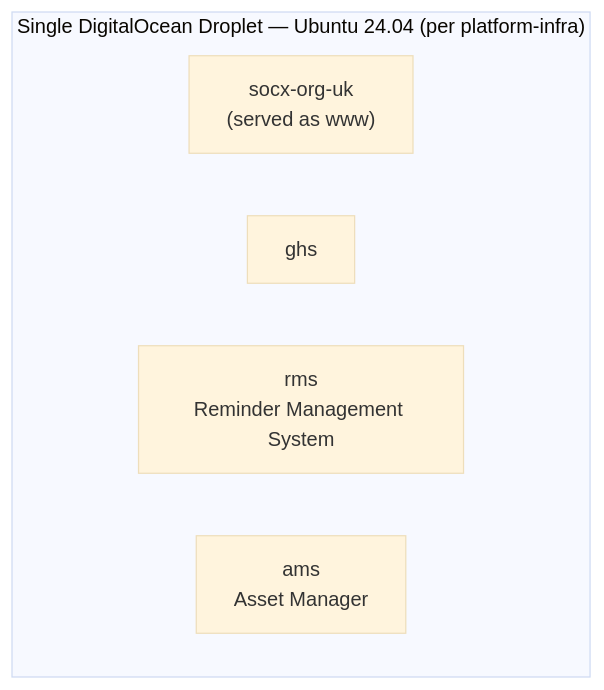
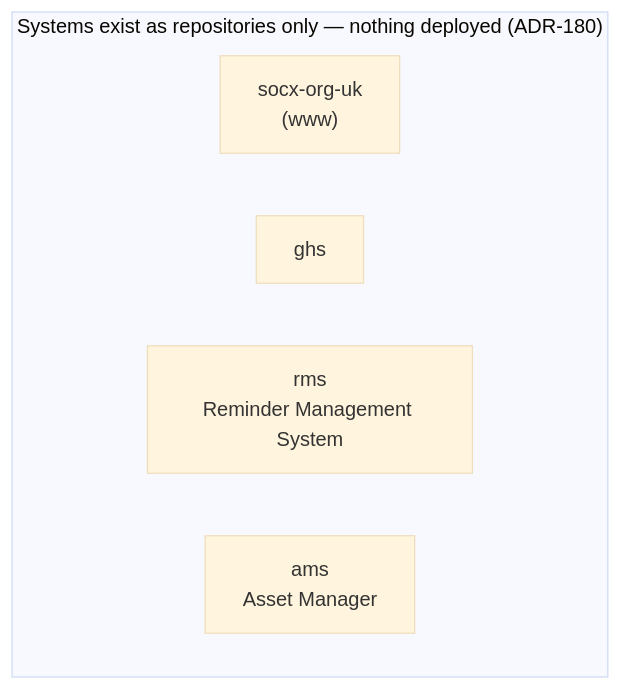
One commit to Socx-Org/socx-platform changed the diagram in docs/current-state/domain/CS-DOM-010-current-system-landscape.md. Above: the diagram before and after it, drawn with Mermaid (base theme). The commit also changed other lines of this file, not shown here.

First line of the commit message:
docs(current-state): revise CS-DOM-010 for platform transition (ADR-180)

````diff
--- a/docs/current-state/domain/CS-DOM-010-current-system-landscape.md
+++ b/docs/current-state/domain/CS-DOM-010-current-system-landscape.md
@@ -35,9 +38,9 @@
 ```mermaid
 flowchart TB
-    subgraph Droplet["Single DigitalOcean Droplet — Ubuntu 24.04 (per platform-infra)"]
-        www["socx-org-uk\n(served as www)"]
+    subgraph Repos["Systems exist as repositories only — nothing deployed (ADR-180)"]
+        www["socx-org-uk\n(www)"]
         ghs["ghs"]
         rms["rms\nReminder Management System"]
         ams["ams\nAsset Manager"]
     end
 ```
````
